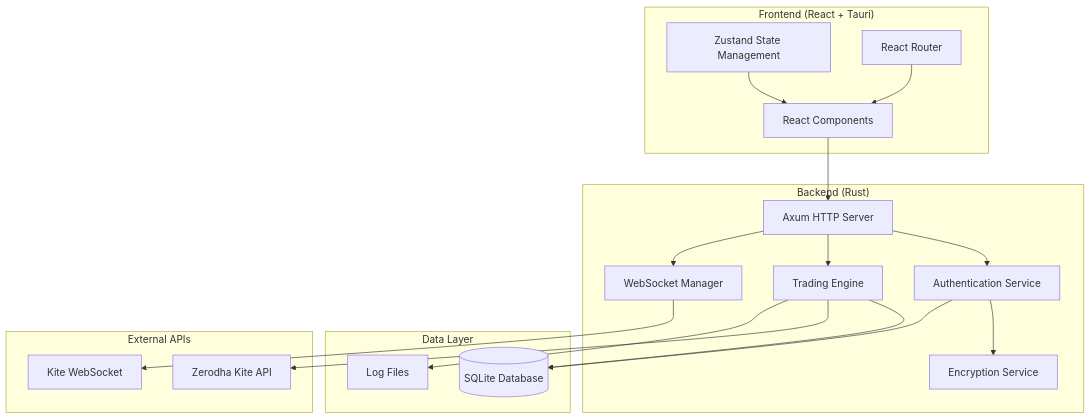
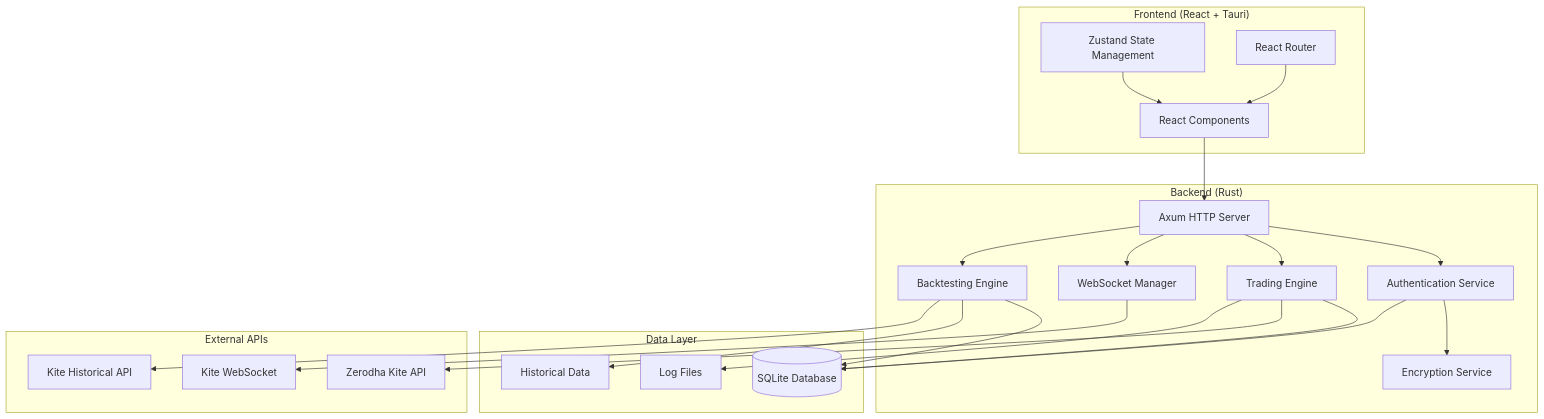
Before and after one commit to tharun-extinct/HedgeX-V5: the diagram in .kiro/specs/hedgex-iteration/design.md, drawn with Mermaid. The commit also changed other lines of this file and 10 other files, not shown here.

````diff
--- a/.kiro/specs/hedgex-iteration/design.md
+++ b/.kiro/specs/hedgex-iteration/design.md
@@ -11,39 +11,46 @@
 ```mermaid
 graph TB
     subgraph "Frontend (React + Tauri)"
         UI[React Components]
         Store[Zustand State Management]
         Router[React Router]
     end
     
     subgraph "Backend (Rust)"
         API[Axum HTTP Server]
         Auth[Authentication Service]
         Trading[Trading Engine]
         WS[WebSocket Manager]
         Crypto[Encryption Service]
+        Backtest[Backtesting Engine]
     end
     
     subgraph "Data Layer"
         SQLite[(SQLite Database)]
         Logs[Log Files]
+        HistData[Historical Data]
     end
     
     subgraph "External APIs"
         Kite[Zerodha Kite API]
         KiteWS[Kite WebSocket]
+        KiteHist[Kite Historical API]
     end
     
     UI --> API
     Store --> UI
     Router --> UI
     API --> Auth
     API --> Trading
     API --> WS
+    API --> Backtest
     Auth --> Crypto
     Trading --> SQLite
     Auth --> SQLite
     WS --> KiteWS
     Trading --> Kite
     Trading --> Logs
+    Backtest --> SQLite
+    Backtest --> HistData
+    Backtest --> KiteHist
 ```
````
